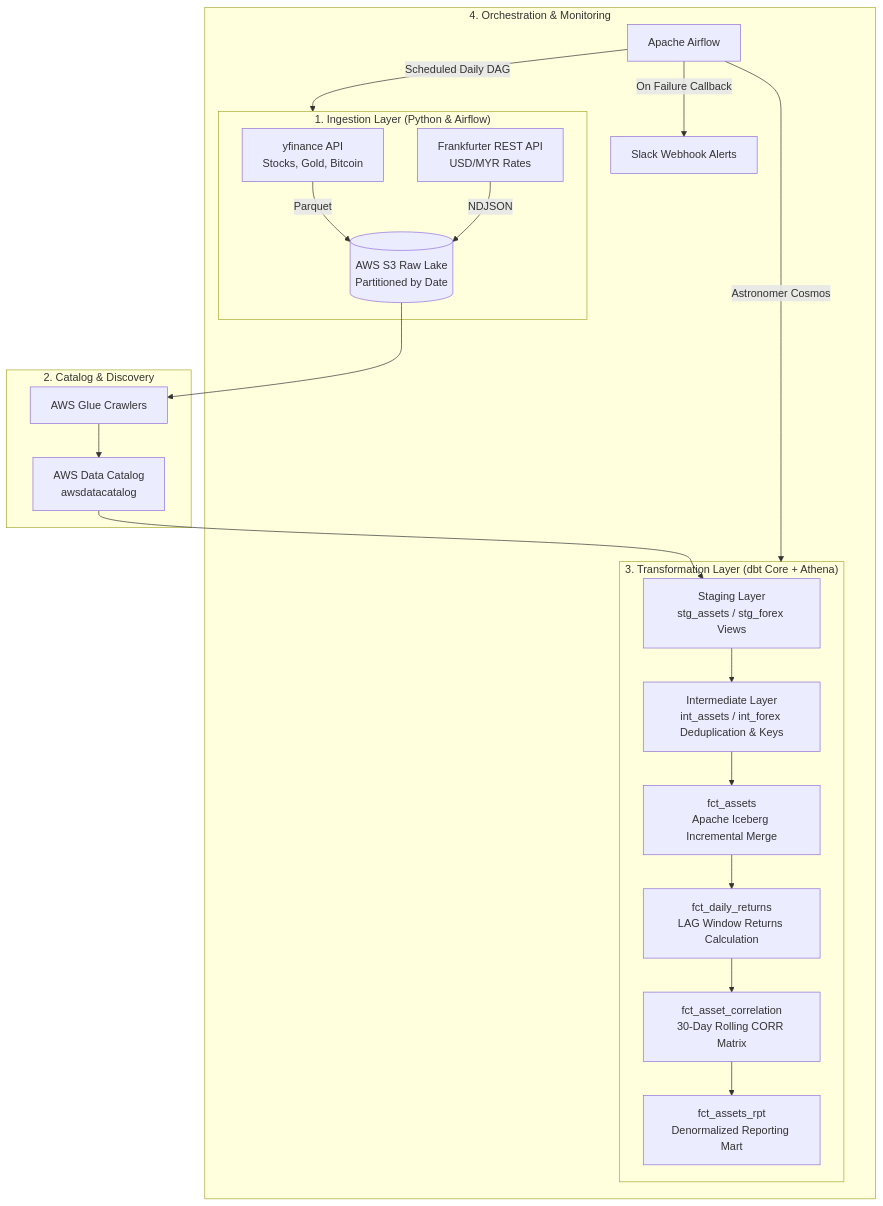
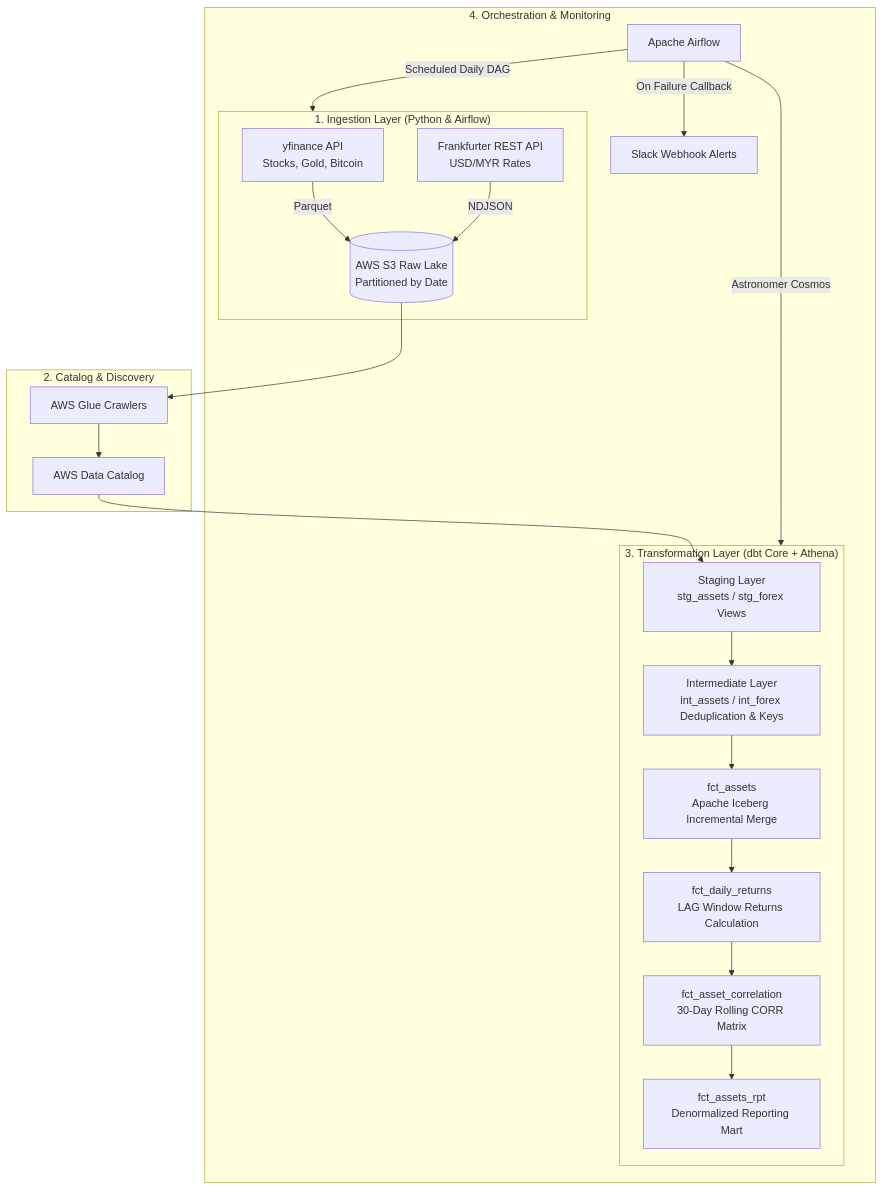
One commit to hannanrazalli/assets-correlation-pipeline changed the diagram in README.md. Above: the diagram before and after it, drawn with Mermaid. The commit also changed other lines of this file, not shown here.

Commit message:
Adjust readme .env info

````diff
--- a/README.md
+++ b/README.md
@@ -47,27 +47,27 @@
 ```mermaid
 flowchart TD
     subgraph Ingestion["1. Ingestion Layer (Python & Airflow)"]
         A1[yfinance API\nStocks, Gold, Bitcoin] -->|Parquet| S3_Raw[(AWS S3 Raw Lake\nPartitioned by Date)]
         A2[Frankfurter REST API\nUSD/MYR Rates] -->|NDJSON| S3_Raw
     end
 
     subgraph Discovery["2. Catalog & Discovery"]
         S3_Raw --> B1[AWS Glue Crawlers]
-        B1 --> B2[AWS Data Catalog\nawsdatacatalog]
+        B1 --> B2[AWS Data Catalog]
     end
 
     subgraph Transformation["3. Transformation Layer (dbt Core + Athena)"]
         B2 --> C1[Staging Layer\nstg_assets / stg_forex Views]
         C1 --> C2[Intermediate Layer\nint_assets / int_forex Deduplication & Keys]
         C2 --> C3[fct_assets\nApache Iceberg Incremental Merge]
         C3 --> C4[fct_daily_returns\nLAG Window Returns Calculation]
         C4 --> C5[fct_asset_correlation\n30-Day Rolling CORR Matrix]
         C5 --> C6[fct_assets_rpt\nDenormalized Reporting Mart]
     end
 
     subgraph Orchestration["4. Orchestration & Monitoring"]
         D1[Apache Airflow] -->|Scheduled Daily DAG| Ingestion
         D1 -->|Astronomer Cosmos| Transformation
         D1 -->|On Failure Callback| Slack[Slack Webhook Alerts]
     end
 ```
````
